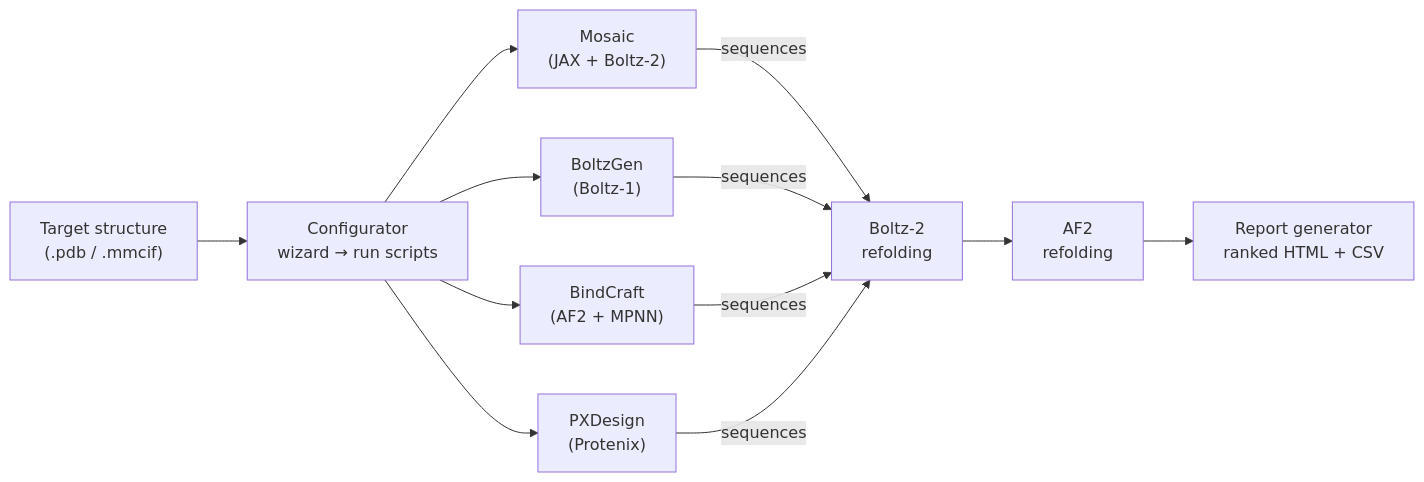
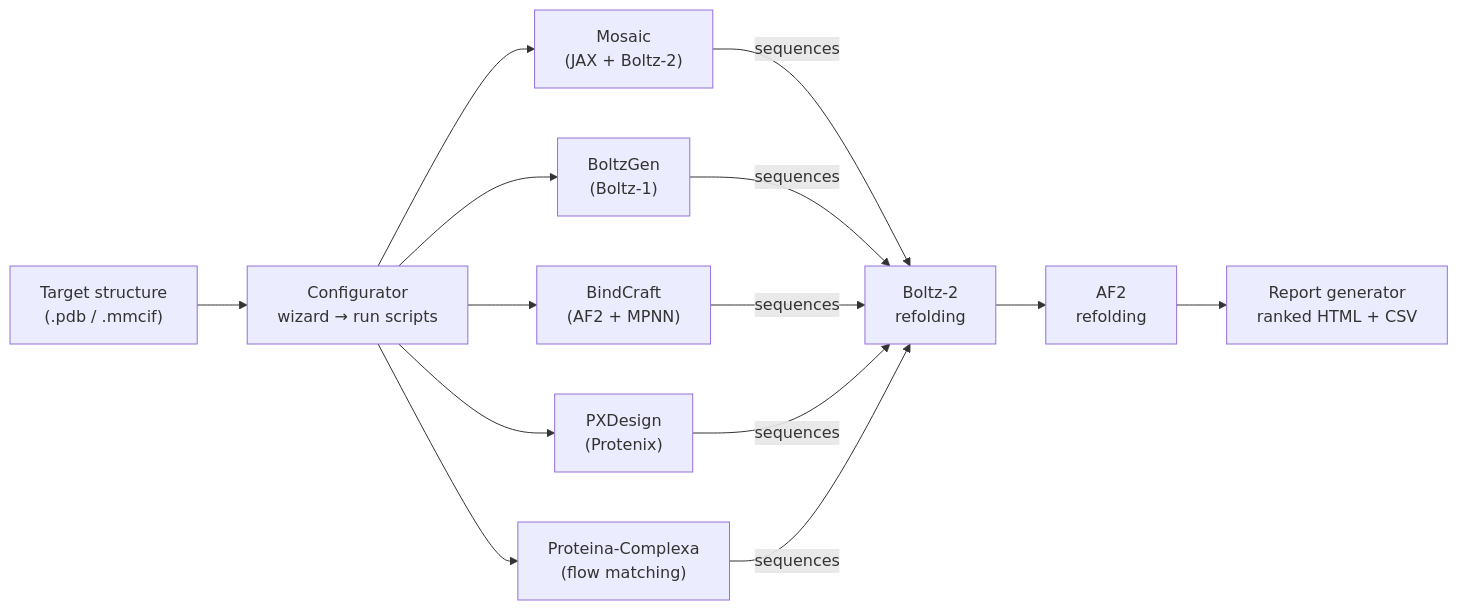
The diagram in README.md (damborik22/BinderScout), drawn with Mermaid before and after one commit. The commit also changed other lines of this file and 11 other files, not shown here.

````diff
--- a/README.md
+++ b/README.md
@@ -34,18 +35,19 @@
 ```mermaid
 flowchart LR
     Input["Target structure\n(.pdb / .mmcif)"]
     Config["Configurator\nwizard → run scripts"]
     Mosaic["Mosaic\n(JAX + Boltz-2)"]
     BG["BoltzGen\n(Boltz-1)"]
     BC["BindCraft\n(AF2 + MPNN)"]
     PX["PXDesign\n(Protenix)"]
+    PC["Proteina-Complexa\n(flow matching)"]
     Boltz2["Boltz-2\nrefolding"]
     AF2["AF2\nrefolding"]
     Report["Report generator\nranked HTML + CSV"]
 
     Input --> Config
-    Config --> Mosaic & BG & BC & PX
-    Mosaic & BG & BC & PX -->|sequences| Boltz2
+    Config --> Mosaic & BG & BC & PX & PC
+    Mosaic & BG & BC & PX & PC -->|sequences| Boltz2
     Boltz2 --> AF2
     AF2 --> Report
 ```
````
